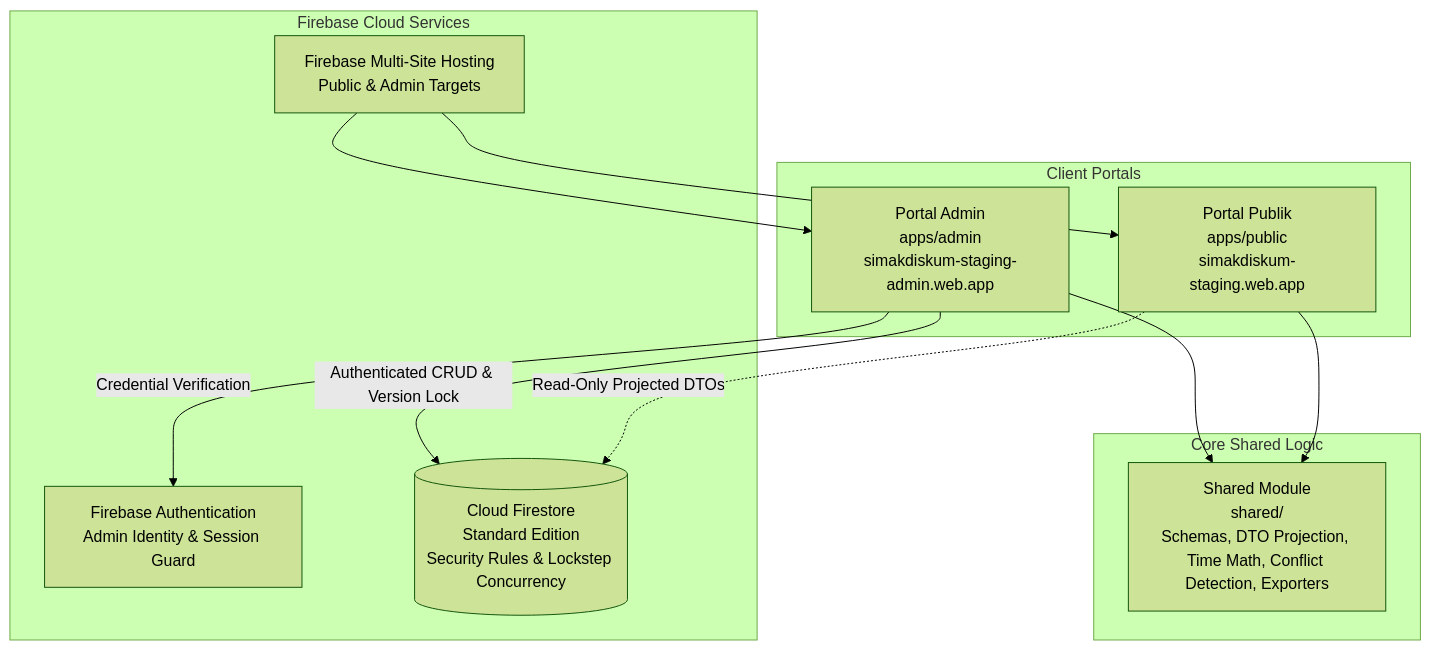
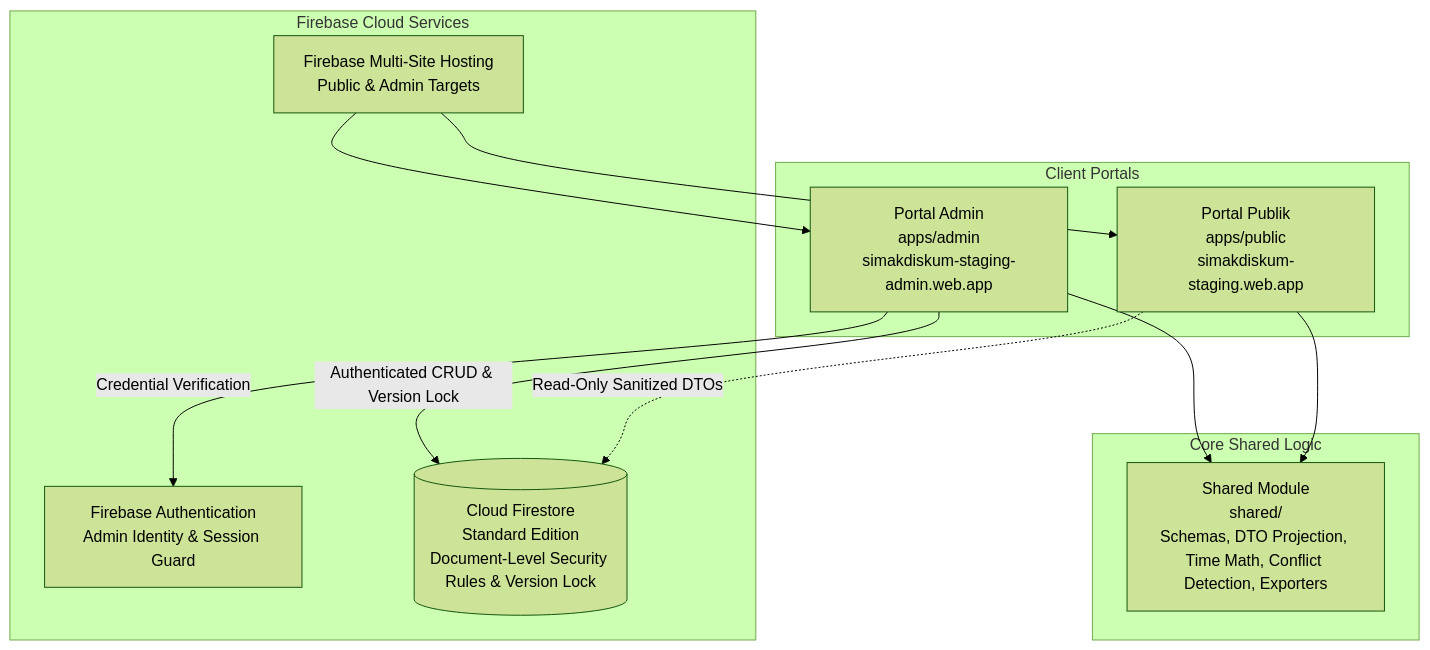
One commit to throwawaybtm/simak-diskum-v5 changed the diagram in README.md. Above: the diagram before and after it, drawn with Mermaid (forest theme). The commit also changed other lines of this file and 5 other files, not shown here.

````diff
--- a/README.md
+++ b/README.md
@@ -116,26 +117,26 @@
 ```mermaid
 graph TD
     subgraph Client Portals
         PUB[Portal Publik<br/>apps/public<br/>simakdiskum-staging.web.app]
         ADM[Portal Admin<br/>apps/admin<br/>simakdiskum-staging-admin.web.app]
     end
 
     subgraph Core Shared Logic
         SHR[Shared Module<br/>shared/<br/>Schemas, DTO Projection, Time Math, Conflict Detection, Exporters]
     end
 
     subgraph Firebase Cloud Services
         AUTH[Firebase Authentication<br/>Admin Identity & Session Guard]
-        FS[(Cloud Firestore<br/>Standard Edition<br/>Security Rules & Lockstep Concurrency)]
+        FS[(Cloud Firestore<br/>Standard Edition<br/>Document-Level Security Rules & Version Lock)]
         HOST[Firebase Multi-Site Hosting<br/>Public & Admin Targets]
     end
 
     PUB --> SHR
     ADM --> SHR
 
-    PUB -.->|Read-Only Projected DTOs| FS
+    PUB -.->|Read-Only Sanitized DTOs| FS
     ADM -->|Authenticated CRUD & Version Lock| FS
     ADM -->|Credential Verification| AUTH
     HOST --> PUB
     HOST --> ADM
 ```
````
